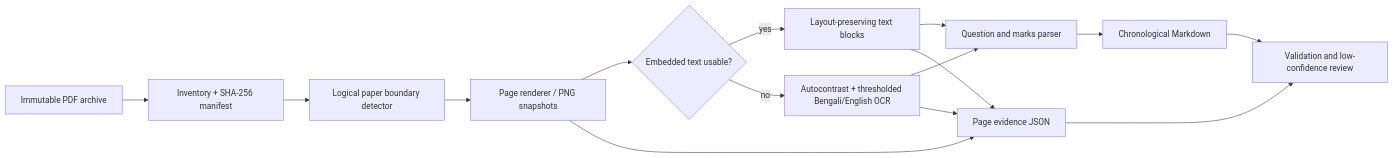
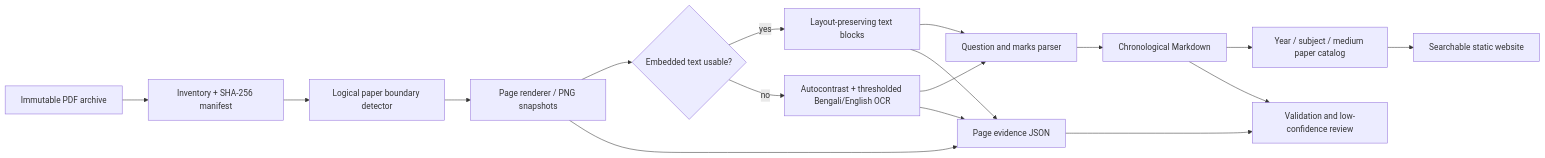
Before and after one commit to RampadaMatrix/Exam-Preparation: the diagram in docs/architecture.md, drawn with Mermaid. The commit also changed other lines of this file and 126 other files, not shown here.

Commit message:
Add normalized paper library and searchable website

````diff
--- a/docs/architecture.md
+++ b/docs/architecture.md
@@ -5,17 +5,19 @@
 ```mermaid
 flowchart LR
   A[Immutable PDF archive] --> B[Inventory + SHA-256 manifest]
   B --> C[Logical paper boundary detector]
   C --> D[Page renderer / PNG snapshots]
   D --> E{Embedded text usable?}
   E -->|yes| F[Layout-preserving text blocks]
   E -->|no| G[Autocontrast + thresholded Bengali/English OCR]
   F --> H[Question and marks parser]
   G --> H
   H --> I[Chronological Markdown]
+  I --> L[Year / subject / medium paper catalog]
+  L --> M[Searchable static website]
   D --> J[Page evidence JSON]
   F --> J
   G --> J
   I --> K[Validation and low-confidence review]
   J --> K
 ```
````
